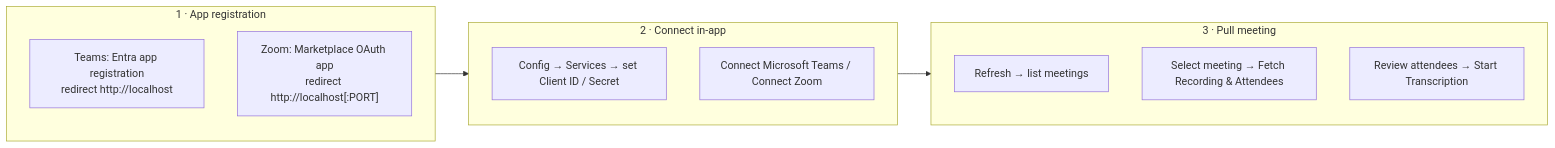
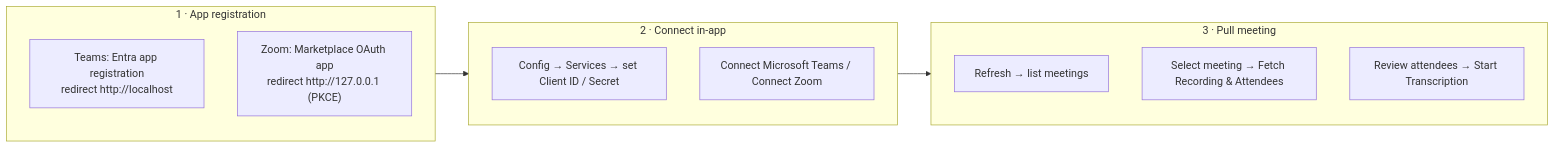
Before and after one commit to afrogenesurvive/ai_transcription_agent: the second of 2 diagrams in docs/meetings_integrations.md, drawn with Mermaid. The commit also changed other lines of this file and 15 other files, not shown here.

First line of the commit message:
feat(0.9.5): Zoom PKCE public-client OAuth + macOS capture-input device selector

````diff
--- a/docs/meetings_integrations.md
+++ b/docs/meetings_integrations.md
@@ -106,20 +140,20 @@
 ```mermaid
 flowchart LR
     subgraph SETUP["1 · App registration"]
         direction TB
         TE["Teams: Entra app registration<br/>redirect http://localhost"]
-        ZO["Zoom: Marketplace OAuth app<br/>redirect http://localhost[:PORT]"]
+        ZO["Zoom: Marketplace OAuth app<br/>redirect http://127.0.0.1 (PKCE)"]
     end
     subgraph CONNECT["2 · Connect in-app"]
         direction TB
         CI["Config → Services → set Client ID / Secret"]
         CT["Connect Microsoft Teams / Connect Zoom"]
     end
     subgraph FETCH["3 · Pull meeting"]
         direction TB
         REF["Refresh → list meetings"]
         SEL["Select meeting → Fetch Recording & Attendees"]
         PRE["Review attendees → Start Transcription"]
     end
     SETUP --> CONNECT --> FETCH
 ```
````
